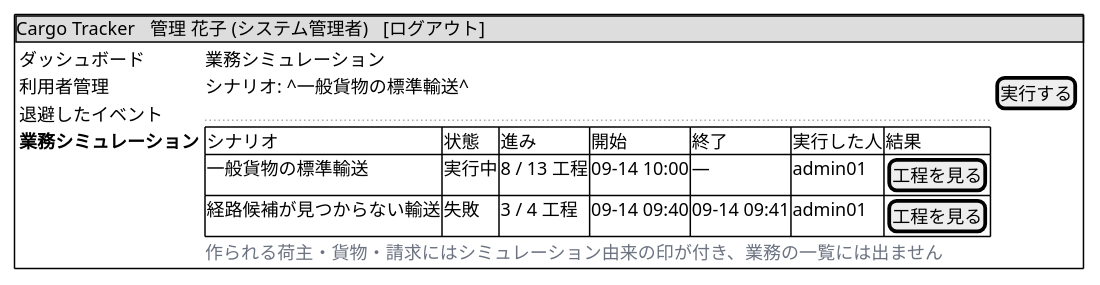
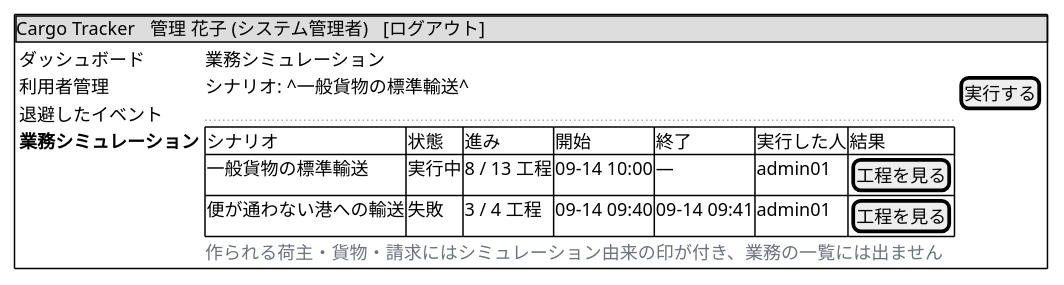
Before and after one commit to k2works/case-study-cargo-tracker: the ninth of 47 diagrams in docs/design/cargo-tracker/ui_design.md, drawn with PlantUML. The commit also changed other lines of this file and 19 other files, not shown here.

````diff
--- a/docs/design/cargo-tracker/ui_design.md
+++ b/docs/design/cargo-tracker/ui_design.md
@@ -522,26 +522,26 @@
 ```plantuml
 @startsalt
 {+
   {* Cargo Tracker | 管理 花子 (システム管理者) | [ログアウト] }
   {
     {
       ダッシュボード
       利用者管理
       退避したイベント
       <b>業務シミュレーション
     } |
     {
       業務シミュレーション
       シナリオ: ^一般貨物の標準輸送^ | [実行する]
       ..
       {#
         シナリオ | 状態 | 進み | 開始 | 終了 | 実行した人 | 結果
         一般貨物の標準輸送 | 実行中 | 8 / 13 工程 | 09-14 10:00 | — | admin01 | [工程を見る]
-        経路候補が見つからない輸送 | 失敗 | 3 / 4 工程 | 09-14 09:40 | 09-14 09:41 | admin01 | [工程を見る]
+        便が通わない港への輸送 | 失敗 | 3 / 4 工程 | 09-14 09:40 | 09-14 09:41 | admin01 | [工程を見る]
       }
       <color:#6B7280>作られる荷主・貨物・請求にはシミュレーション由来の印が付き、業務の一覧には出ません</color>
     }
   }
 }
 @endsalt
 ```
````
